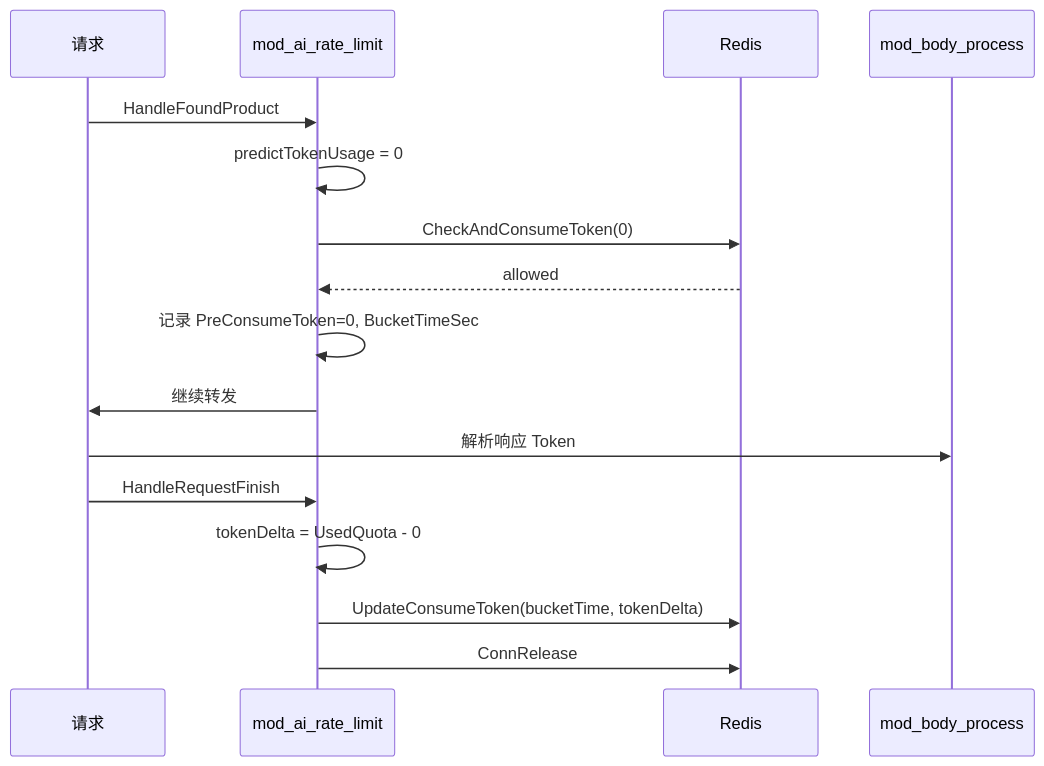
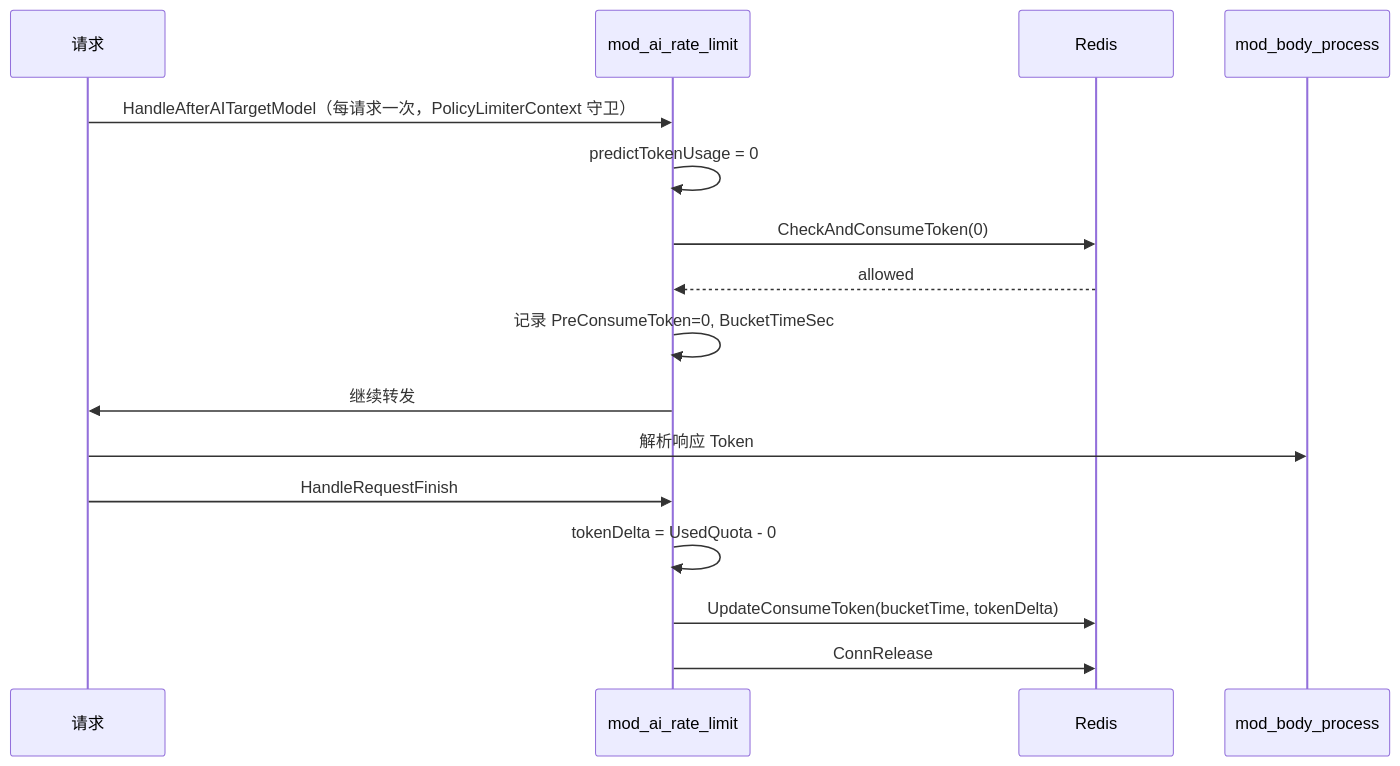
One commit to mileszhang2016/rainway-book changed the second of 2 diagrams in implementation/chapter33-mod-ai-rate-limit.md. Above: the diagram before and after it, drawn with Mermaid. The commit also changed other lines of this file and 55 other files, not shown here.

````diff
--- a/implementation/chapter33-mod-ai-rate-limit.md
+++ b/implementation/chapter33-mod-ai-rate-limit.md
@@ -136,19 +141,19 @@
 ```mermaid
 sequenceDiagram
     participant R as 请求
     participant M as mod_ai_rate_limit
     participant RC as Redis
     participant BP as mod_body_process
 
-    R ->> M: HandleFoundProduct
+    R ->> M: HandleAfterAITargetModel（每请求一次，PolicyLimiterContext 守卫）
     M ->> M: predictTokenUsage = 0
     M ->> RC: CheckAndConsumeToken(0)
     RC -->> M: allowed
     M ->> M: 记录 PreConsumeToken=0, BucketTimeSec
     M ->> R: 继续转发
     R ->> BP: 解析响应 Token
     R ->> M: HandleRequestFinish
     M ->> M: tokenDelta = UsedQuota - 0
     M ->> RC: UpdateConsumeToken(bucketTime, tokenDelta)
     M ->> RC: ConnRelease
 ```
````
